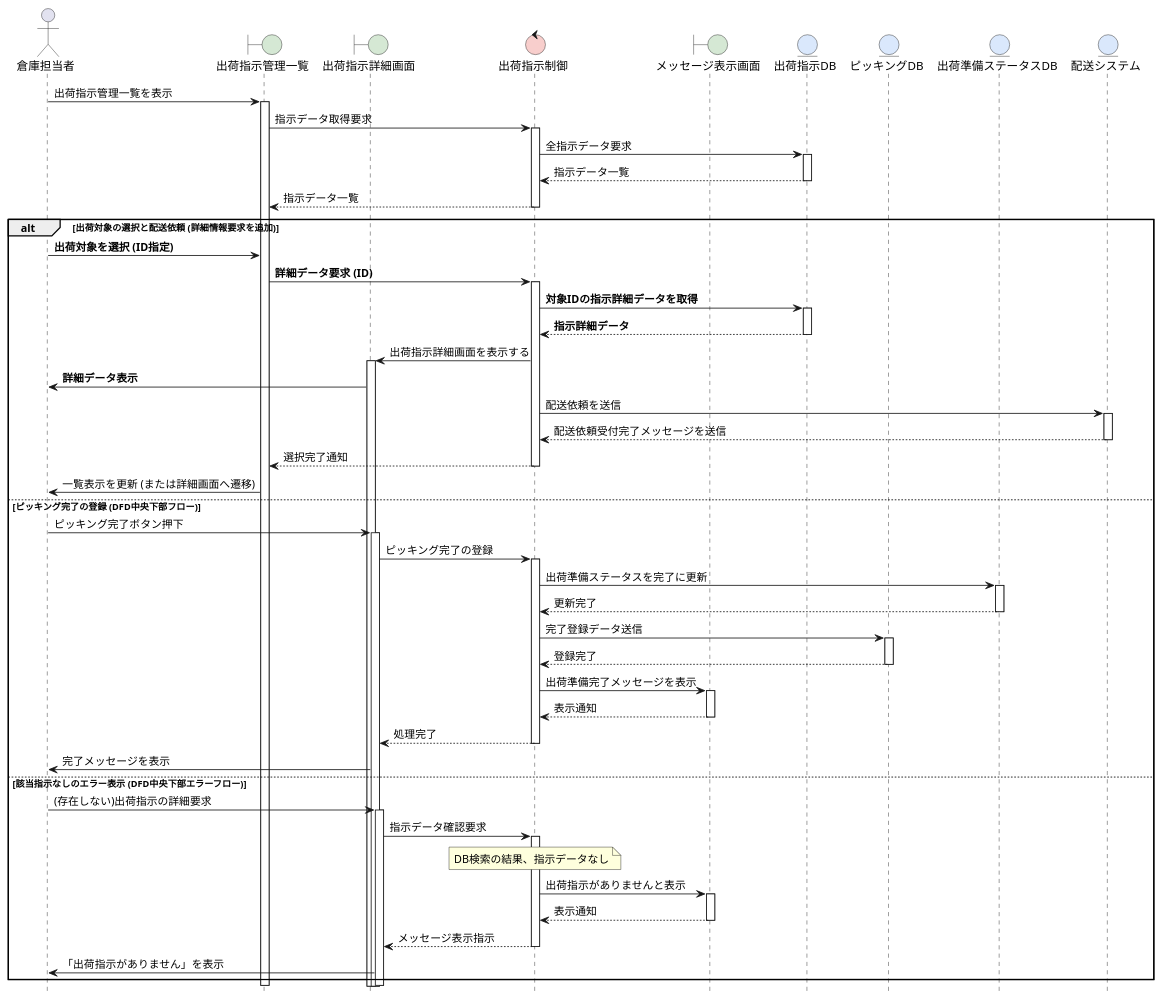
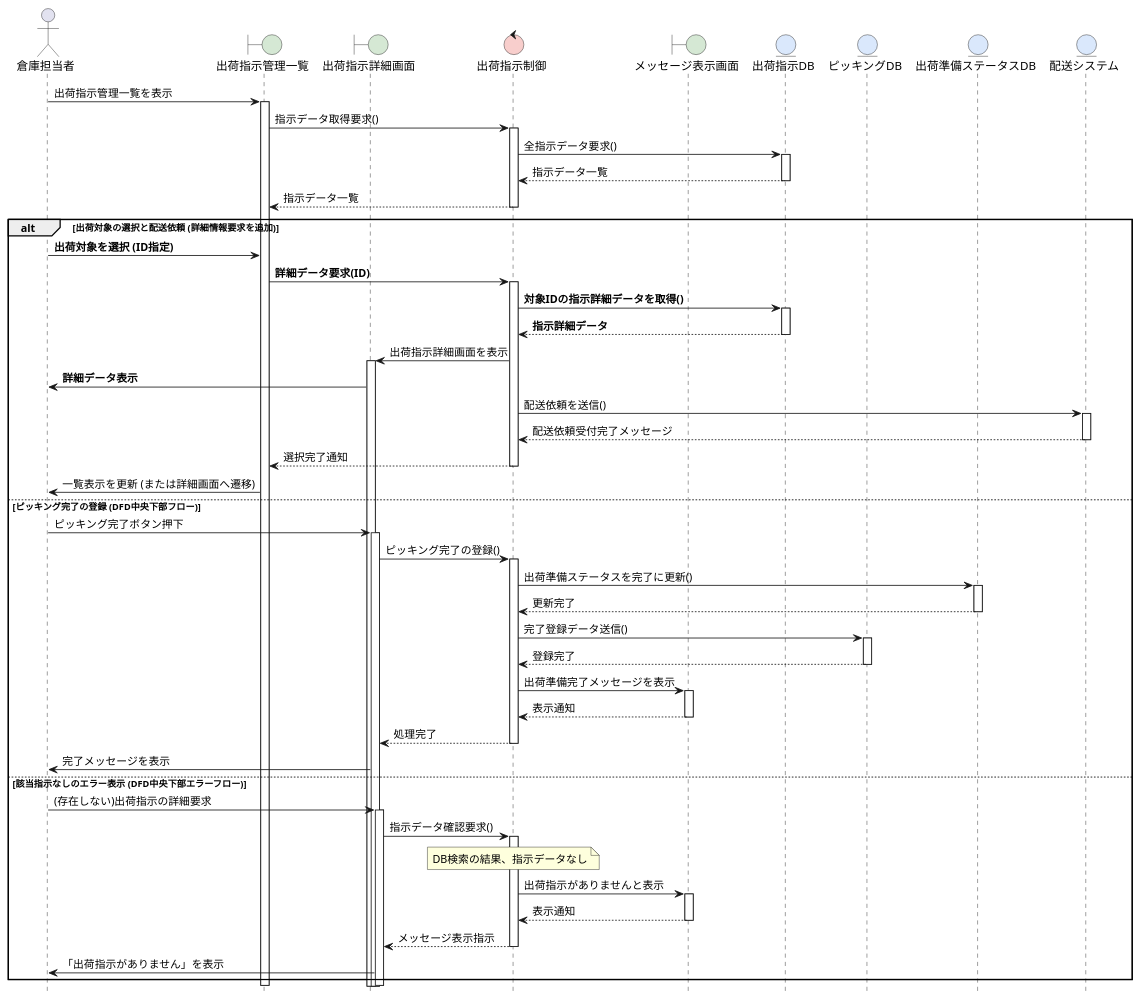
One commit to 2459384Hayashi/ohara_uml changed the diagram in group/BB（商品管理システム）/BB（商品管理システム）/sequence_出荷.pu. Above: the diagram before and after it, drawn with PlantUML. The commit also changed 7 other files, not shown here.

```diff
--- a/group/BB（商品管理システム）/BB（商品管理システム）/sequence_出荷.pu
+++ b/group/BB（商品管理システム）/BB（商品管理システム）/sequence_出荷.pu
@@ -1,105 +1,104 @@
-@startuml 倉庫・出荷管理システム_統合シーケンス図_V2
+@startuml 倉庫・出荷管理システム_統合シーケンス図_V2_メソッド修正
 hide footbox
 ' スタイル設定
 skinparam boundaryBackgroundColor #D5E8D4
 skinparam controlBackgroundColor #F8CECC
 skinparam entityBackgroundColor #DAE8FC
 
 ' オブジェクト定義 (DFDより)
 actor 倉庫担当者 as Staff
 boundary 出荷指示管理一覧 as ListScreen
 boundary 出荷指示詳細画面 as DetailScreen
 control 出荷指示制御 as Control
 boundary メッセージ表示画面 as MessageScreen
 entity 出荷指示DB as SiDB
 entity ピッキングDB as PickingDB
 entity 出荷準備ステータスDB as StatusDB
 entity 配送システム as DeliverySystem
 
 ' 1. 倉庫担当者が一覧画面を操作し、データ取得
 Staff -> ListScreen: 出荷指示管理一覧を表示
 activate ListScreen
-ListScreen -> Control: 指示データ取得要求
+ListScreen -> Control: 指示データ取得要求()
 activate Control
-Control -> SiDB: 全指示データ要求
+Control -> SiDB: 全指示データ要求()
 activate SiDB
 SiDB --> Control: 指示データ一覧
 deactivate SiDB
 Control --> ListScreen: 指示データ一覧
 deactivate Control
 
 ' 2. 倉庫担当者の操作分岐
 alt 出荷対象の選択と配送依頼 (詳細情報要求を追加)
     Staff -> ListScreen: **出荷対象を選択 (ID指定)**
-    ListScreen -> Control: **詳細データ要求 (ID)**
+    ListScreen -> Control: **詳細データ要求(ID)**
     activate Control
 
-    ' 【追加・修正箇所】詳細データの取得
-    Control -> SiDB: **対象IDの指示詳細データを取得**
+'【追加・修正箇所】詳細データの取得
+    Control -> SiDB: **対象IDの指示詳細データを取得()**
     activate SiDB
     SiDB --> Control: **指示詳細データ**
     deactivate SiDB
 
-    ' DFDのメッセージ「出荷対象の選択要求」に相当する処理
-    Control -> DetailScreen: 出荷指示詳細画面を表示する
+' DFDのメッセージ「出荷対象の選択要求」に相当する処理
+    Control -> DetailScreen: 出荷指示詳細画面を表示
     activate DetailScreen
     DetailScreen -> Staff: **詳細データ表示**
     
-    ' DFDのメッセージ「配送依頼を送信」に相当する処理
-    Control -> DeliverySystem: 配送依頼を送信
+  ' DFDのメッセージ「配送依頼を送信」に相当する処理
+    Control -> DeliverySystem: 配送依頼を送信()
     activate DeliverySystem
-    DeliverySystem --> Control: 配送依頼受付完了メッセージを送信
+    DeliverySystem --> Control: 配送依頼受付完了メッセージ
     deactivate DeliverySystem
-    
-    Control --> ListScreen: 選択完了通知
+      Control --> ListScreen: 選択完了通知
     deactivate Control
     ListScreen -> Staff: 一覧表示を更新 (または詳細画面へ遷移)
     
 else ピッキング完了の登録 (DFD中央下部フロー)
     Staff -> DetailScreen: ピッキング完了ボタン押下
     activate DetailScreen
-    DetailScreen -> Control: ピッキング完了の登録
+    DetailScreen -> Control: ピッキング完了の登録()
     activate Control
     
-    ' データベースの更新
-    Control -> StatusDB: 出荷準備ステータスを完了に更新
+'データベースの更      
+    Control -> StatusDB: 出荷準備ステータスを完了に更新()
     activate StatusDB
     StatusDB --> Control: 更新完了
     deactivate StatusDB
     
-    Control -> PickingDB: 完了登録データ送信
+    Control -> PickingDB: 完了登録データ送信()
     activate PickingDB
     PickingDB --> Control: 登録完了
     deactivate PickingDB
     
-    ' 完了メッセージの表示
+'完了メッセージの表示
     Control -> MessageScreen: 出荷準備完了メッセージを表示
     activate MessageScreen
     MessageScreen --> Control: 表示通知
     deactivate MessageScreen
     
     Control --> DetailScreen: 処理完了
     deactivate Control
     DetailScreen -> Staff: 完了メッセージを表示
     
 else 該当指示なしのエラー表示 (DFD中央下部エラーフロー)
     Staff -> DetailScreen: (存在しない)出荷指示の詳細要求
     activate DetailScreen
-    DetailScreen -> Control: 指示データ確認要求
+    DetailScreen -> Control: 指示データ確認要求()
     activate Control
     
     Note over Control: DB検索の結果、指示データなし
     Control -> MessageScreen: 出荷指示がありませんと表示
     activate MessageScreen
     MessageScreen --> Control: 表示通知
     deactivate MessageScreen
     
     Control --> DetailScreen: メッセージ表示指示
     deactivate Control
     DetailScreen -> Staff: 「出荷指示がありません」を表示
 end
 
 deactivate DetailScreen
 deactivate ListScreen
 
-@enduml
+@end   
```
